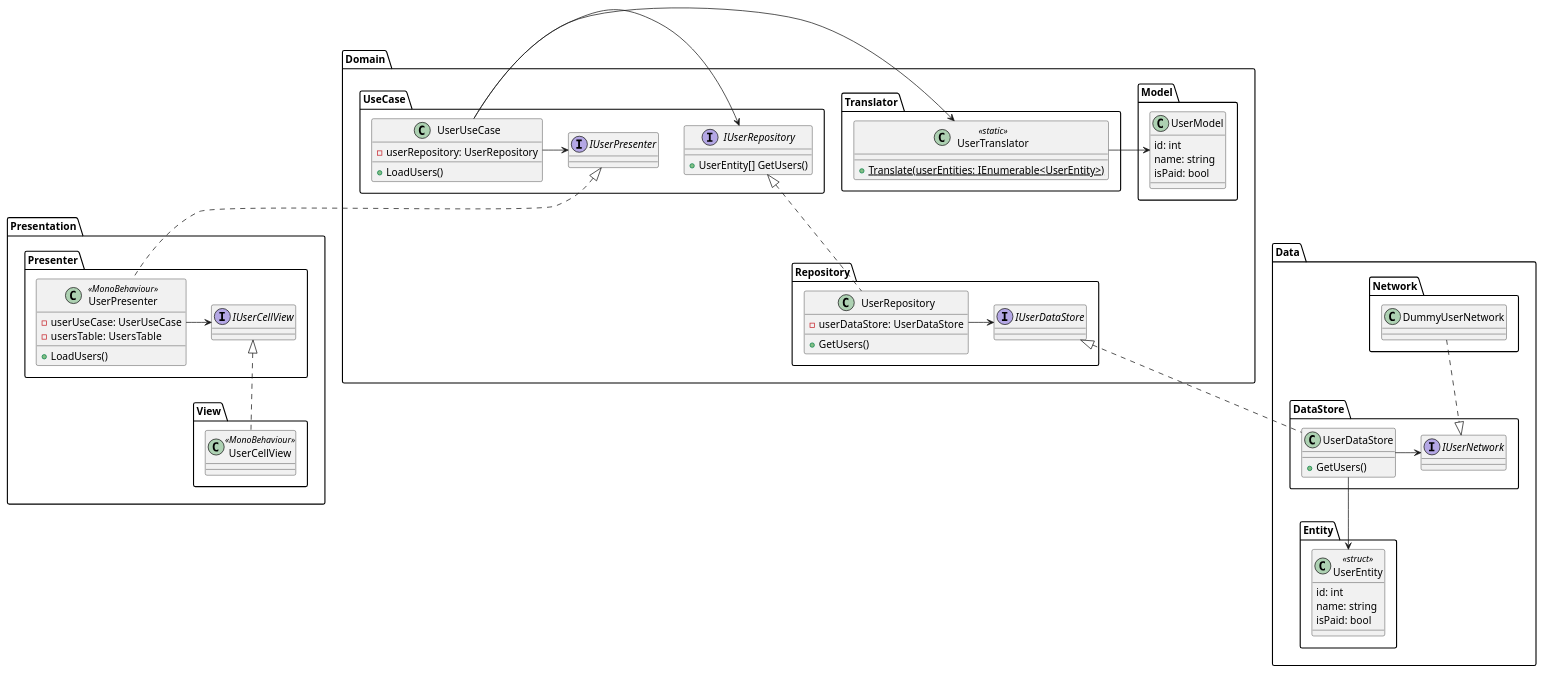
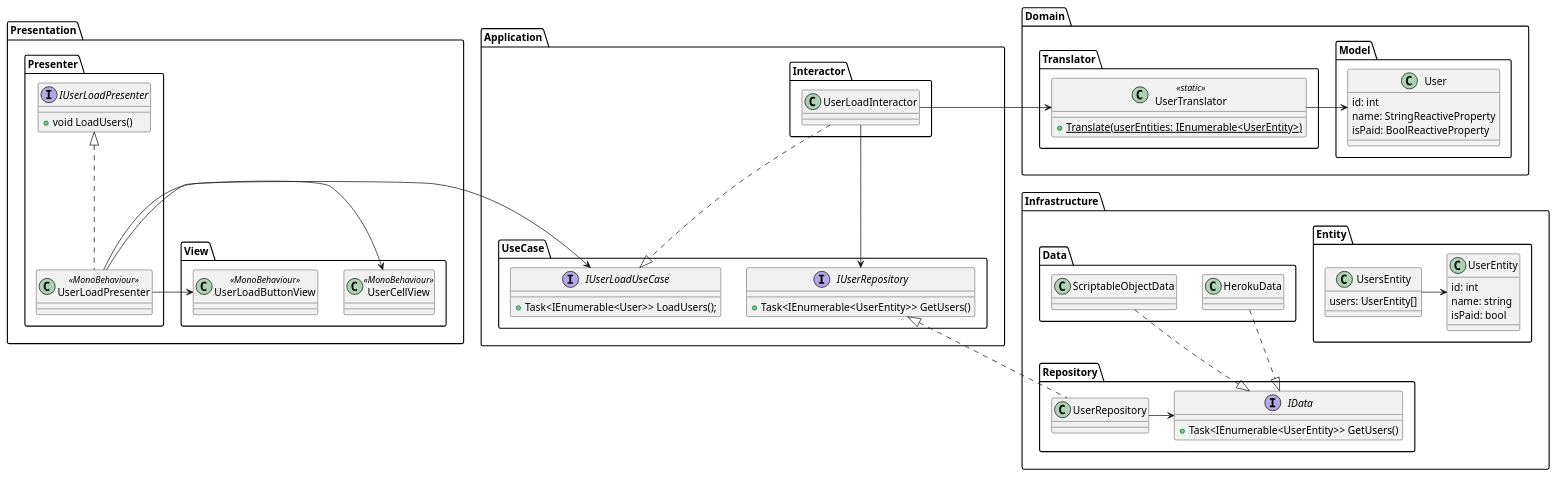
The diagram in Architecture/architecture.puml (ajingu/Quest), drawn with PlantUML before and after one commit. The commit also changed other lines of this file and 15 other files, not shown here.

Commit message:
Organize Architecture

```diff
--- a/Architecture/architecture.puml
+++ b/Architecture/architecture.puml
@@ -4,137 +1,135 @@
 @startuml
 package Presentation
 {
     package View
     {   
         class UserCellView << MonoBehaviour >>
         {
             
         }
+        
+        class UserLoadButtonView << MonoBehaviour >>
+        {
+        }
     }
     
     package Presenter
     {
-        interface IUserCellView
+        interface IUserLoadPresenter
         {
-        
+            + void LoadUsers()
         }
-
-        class UserPresenter << MonoBehaviour >>
+    
+        class UserLoadPresenter << MonoBehaviour >>
         {
-            - userUseCase: UserUseCase
-            - usersTable: UsersTable
-            
-            + LoadUsers()
         }
         
-        UserPresenter -> IUserCellView
-        IUserCellView <|.. UserCellView
+        UserLoadPresenter -> UserCellView
+        UserLoadPresenter -> UserLoadButtonView
+    }
+}
+
+package Application
+{
+    package Interactor
+    {
+        class UserLoadInteractor
+        {
+        }
+    }
+
+    package UseCase
+    {
+        interface IUserRepository
+        {
+            + Task<IEnumerable<UserEntity>> GetUsers()
+        }
+        
+        interface IUserLoadUseCase
+        {
+            + Task<IEnumerable<User>> LoadUsers();
+        }
+        
+        UserLoadInteractor -> IUserRepository
+        IUserLoadPresenter <|.. UserLoadPresenter
+        UserLoadPresenter -> IUserLoadUseCase
+        UserLoadInteractor ..|> IUserLoadUseCase
     }
 }
 
 package Domain
 {
     package Model
     {
-        class UserModel
+        class User
         {
             id: int
-            name: string
-            isPaid: bool
+            name: StringReactiveProperty
+            isPaid: BoolReactiveProperty
         }
     }
     
     package Translator
     {
         class UserTranslator <<static>>
         {
             + {static} Translate(userEntities: IEnumerable<UserEntity>)
         }
         
-        UserTranslator -> UserModel
+        UserLoadInteractor -> UserTranslator
+        UserTranslator -> User
     }
-    
-    package UseCase
-    {
-        interface IUserPresenter
-        {
-            
-        }
-        
-        interface IUserRepository
-        {
-            + UserEntity[] GetUsers()
-        }
-    
-        class UserUseCase
-        {
-            - userRepository: UserRepository
-            + LoadUsers()
-        }
-        
-        UserUseCase -> IUserPresenter
-        UserUseCase -> IUserRepository
-        UserUseCase -> UserTranslator
-        IUserPresenter <|.. UserPresenter
-        
-        
-    }
-    
+}
+
+package Infrastructure
+{
     package Repository
     {
-        interface IUserDataStore
+        interface IData
         {
+            + Task<IEnumerable<UserEntity>> GetUsers()
         }
     
         class UserRepository
         {
-            - userDataStore: UserDataStore
-            + GetUsers()
         }
         
         IUserRepository <|.. UserRepository
-        UserRepository -> IUserDataStore
-    }
-}
-
-package Data
-{
-    package DataStore
-    {
-        interface IUserNetwork
-        {
-        }
-    
-        class UserDataStore
-        {
-            + GetUsers()
-        }
-        
-        IUserDataStore <|.. UserDataStore
-        UserDataStore -> IUserNetwork
+        UserRepository -> IData
     }
     
     package Entity
     {
-        class UserEntity << struct >>
+        class UserEntity
         {
             id: int
             name: string
             isPaid: bool
         }
+        
+        class UsersEntity
+        {
+            users: UserEntity[]
+        }
+        
+        UsersEntity -> UserEntity
     }
     
-    package Network
+    package Data
     {
-        class DummyUserNetwork
+        class HerokuData
         {
             
         }
         
-        DummyUserNetwork ..|> IUserNetwork
+        class ScriptableObjectData
+        {
+        
+        }
+        
+        HerokuData ..|> IData
+        ScriptableObjectData ..|> IData
     }
-    
-    UserDataStore -down-> UserEntity
 }
 
 @enduml
```
